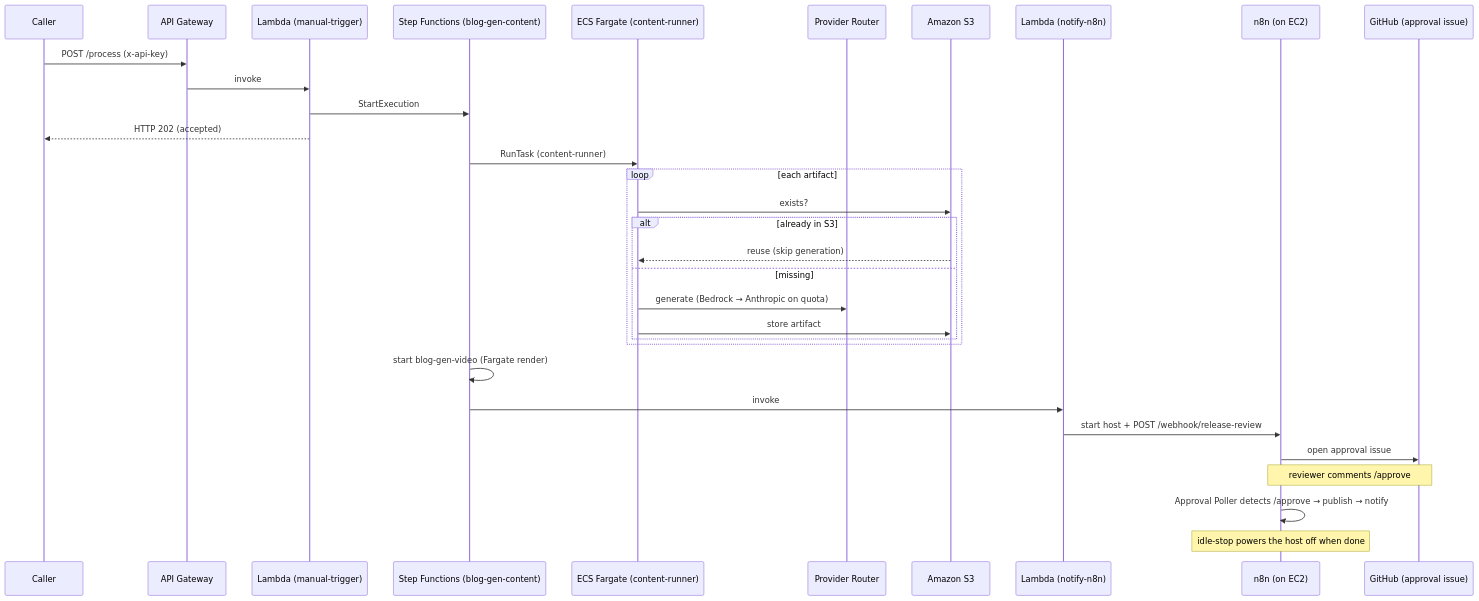
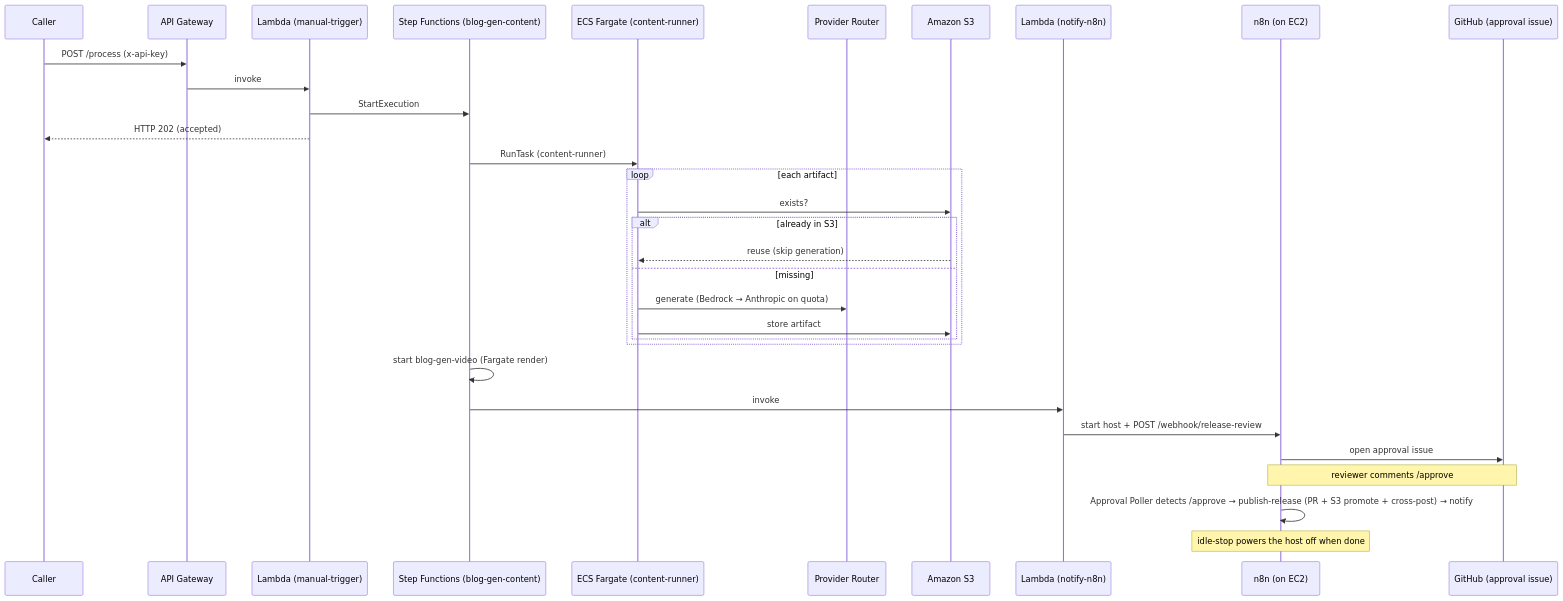
The fourth of 6 diagrams in README.md (teddynted/ai-github-repository-blog-generator), drawn with Mermaid before and after one commit. The commit also changed other lines of this file and 1 other file, not shown here.

First line of the commit message:
docs: reflect publish-release, cross-posting, and idle-stop lifecycle (#212)

````diff
--- a/README.md
+++ b/README.md
@@ -321,35 +322,35 @@
 ```mermaid
 sequenceDiagram
     participant CAL as Caller
     participant API as API Gateway
     participant LT as Lambda (manual-trigger)
     participant SFN as Step Functions (blog-gen-content)
     participant FG as ECS Fargate (content-runner)
     participant RTR as Provider Router
     participant S3 as Amazon S3
     participant NL as Lambda (notify-n8n)
     participant N8N as n8n (on EC2)
     participant GH as GitHub (approval issue)
 
     CAL->>API: POST /process (x-api-key)
     API->>LT: invoke
     LT->>SFN: StartExecution
     LT-->>CAL: HTTP 202 (accepted)
     SFN->>FG: RunTask (content-runner)
     loop each artifact
         FG->>S3: exists?
         alt already in S3
             S3-->>FG: reuse (skip generation)
         else missing
             FG->>RTR: generate (Bedrock → Anthropic on quota)
             FG->>S3: store artifact
         end
     end
     SFN->>SFN: start blog-gen-video (Fargate render)
     SFN->>NL: invoke
     NL->>N8N: start host + POST /webhook/release-review
     N8N->>GH: open approval issue
     Note over N8N,GH: reviewer comments /approve
-    N8N->>N8N: Approval Poller detects /approve → publish → notify
+    N8N->>N8N: Approval Poller detects /approve → publish-release (PR + S3 promote + cross-post) → notify
     Note over N8N: idle-stop powers the host off when done
 ```
````
